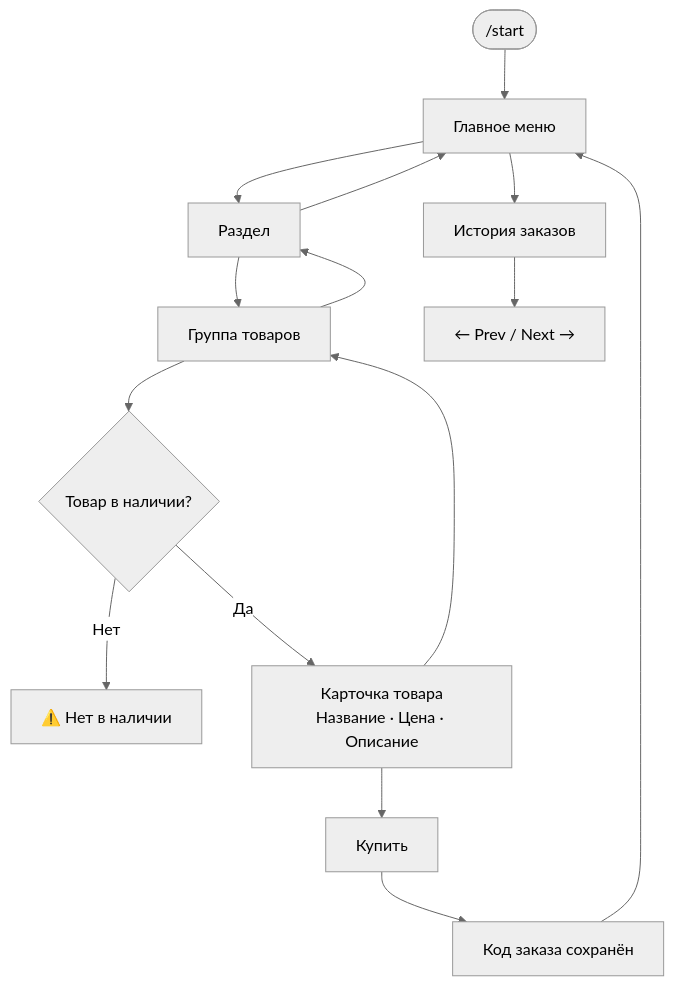
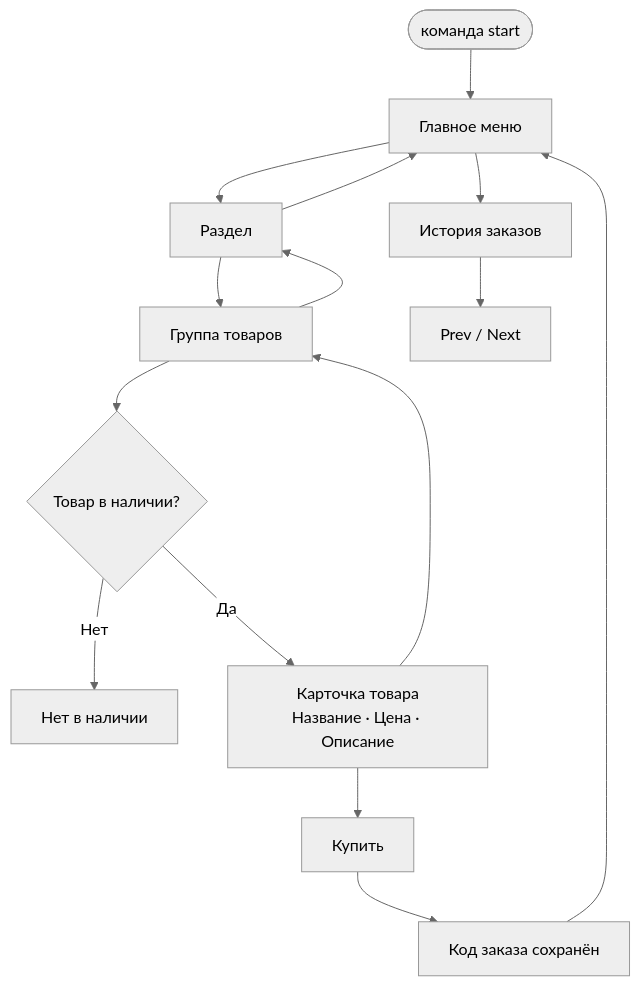
Before and after one commit to dailycloud/market-bot-builder: the first of 2 diagrams in README.md, drawn with Mermaid (neutral theme). The commit also changed other lines of this file, not shown here.

Commit message:
Fix mermaid syntax in dev flowchart

````diff
--- a/README.md
+++ b/README.md
@@ -31,17 +31,17 @@
 ```mermaid
 flowchart TD
-    A([/start]) --> B[Главное меню]
+    A([команда start]) --> B[Главное меню]
     B --> C[Раздел]
     C --> D[Группа товаров]
     D --> E{Товар в наличии?}
-    E -- Нет --> F[⚠️ Нет в наличии]
-    E -- Да --> G[Карточка товара\nНазвание · Цена · Описание]
+    E -- Нет --> F[Нет в наличии]
+    E -- Да --> G["Карточка товара\nНазвание · Цена · Описание"]
     G --> H[Купить]
     H --> I[Код заказа сохранён]
     I --> B
     B --> J[История заказов]
-    J --> K[← Prev / Next →]
+    J --> K[Prev / Next]
     C --> B
     D --> C
     G --> D
 ```
````
